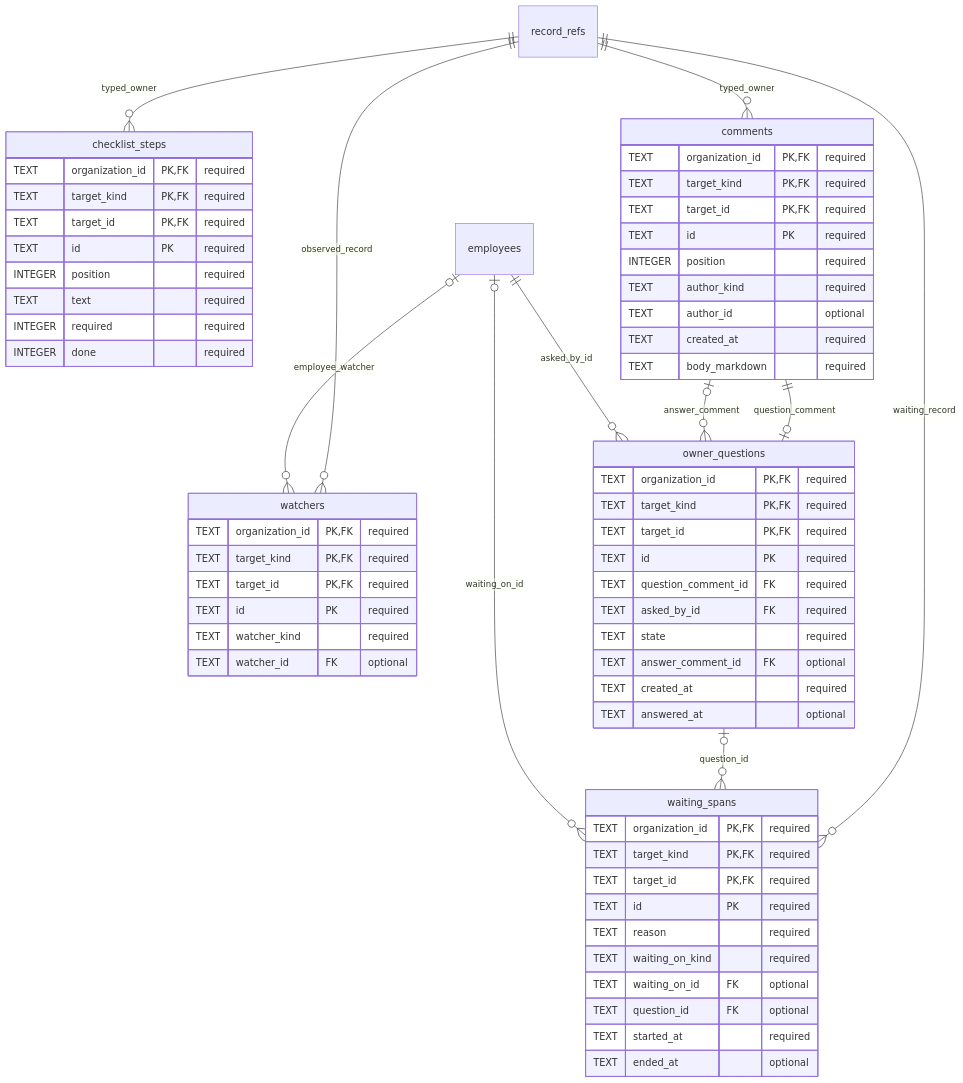
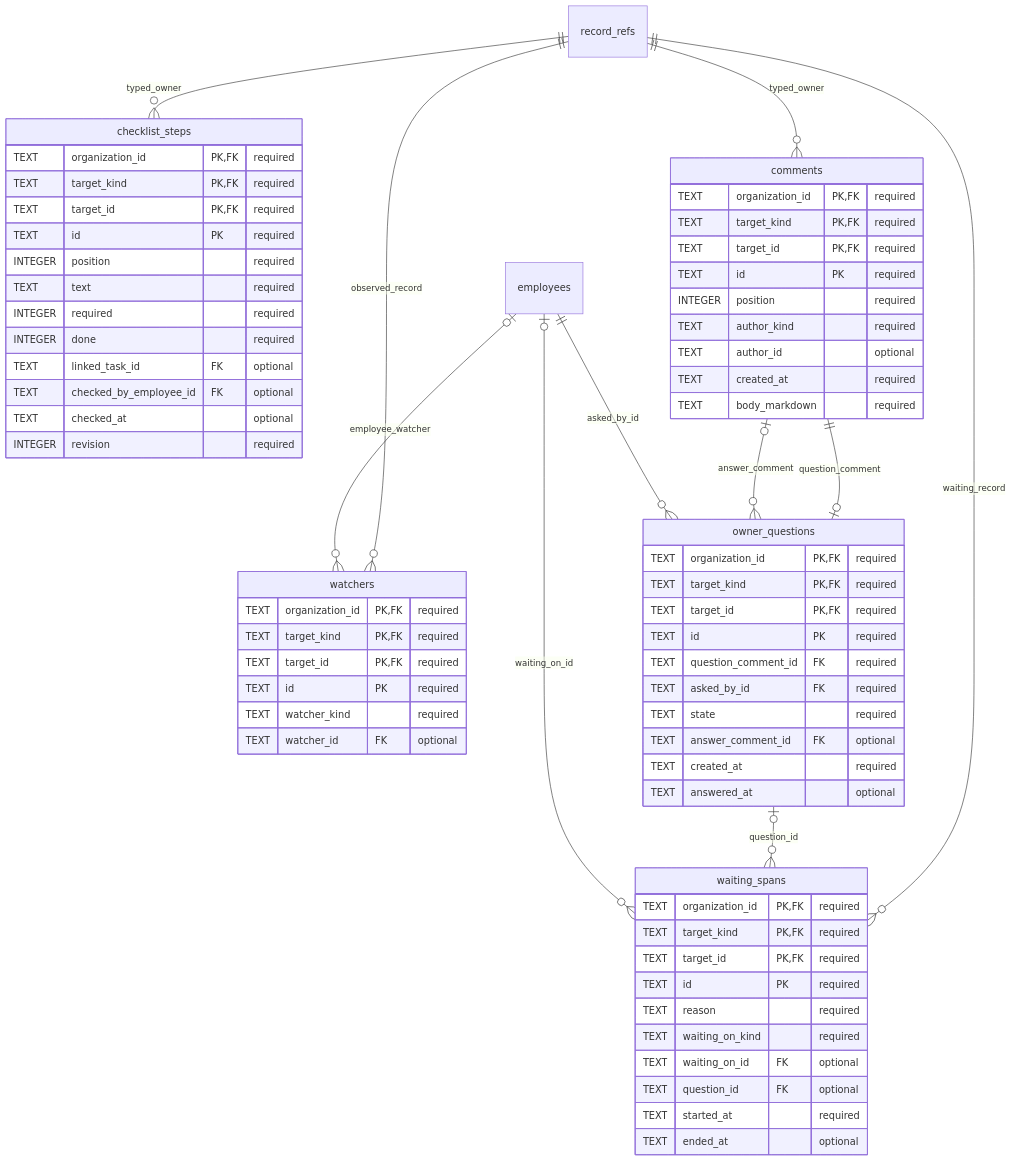
One commit to vgmello/agentic-org changed the first of 3 diagrams in docs/design/organization-data/05-operational-data.md. Above: the diagram before and after it, drawn with Mermaid. The commit also changed other lines of this file and 13 other files, not shown here.

````diff
--- a/docs/design/organization-data/05-operational-data.md
+++ b/docs/design/organization-data/05-operational-data.md
@@ -21,66 +21,70 @@
 ```mermaid
 erDiagram
     record_refs ||--o{ checklist_steps : typed_owner
     record_refs ||--o{ comments : typed_owner
     checklist_steps {
         TEXT organization_id PK, FK "required"
         TEXT target_kind PK, FK "required"
         TEXT target_id PK, FK "required"
         TEXT id PK "required"
         INTEGER position "required"
         TEXT text "required"
         INTEGER required "required"
         INTEGER done "required"
+        TEXT linked_task_id FK "optional"
+        TEXT checked_by_employee_id FK "optional"
+        TEXT checked_at "optional"
+        INTEGER revision "required"
     }
     comments {
         TEXT organization_id PK, FK "required"
         TEXT target_kind PK, FK "required"
         TEXT target_id PK, FK "required"
         TEXT id PK "required"
         INTEGER position "required"
         TEXT author_kind "required"
         TEXT author_id "optional"
         TEXT created_at "required"
         TEXT body_markdown "required"
     }
     record_refs ||--o{ watchers : observed_record
     employees o|--o{ watchers : employee_watcher
     comments ||--o| owner_questions : question_comment
     comments o|--o{ owner_questions : answer_comment
     employees ||--o{ owner_questions : asked_by_id
     record_refs ||--o{ waiting_spans : waiting_record
     owner_questions o|--o{ waiting_spans : question_id
     employees o|--o{ waiting_spans : waiting_on_id
     watchers {
         TEXT organization_id PK, FK "required"
         TEXT target_kind PK, FK "required"
         TEXT target_id PK, FK "required"
         TEXT id PK "required"
         TEXT watcher_kind "required"
         TEXT watcher_id FK "optional"
     }
     owner_questions {
         TEXT organization_id PK, FK "required"
         TEXT target_kind PK, FK "required"
         TEXT target_id PK, FK "required"
         TEXT id PK "required"
         TEXT question_comment_id FK "required"
         TEXT asked_by_id FK "required"
         TEXT state "required"
         TEXT answer_comment_id FK "optional"
         TEXT created_at "required"
         TEXT answered_at "optional"
     }
     waiting_spans {
         TEXT organization_id PK, FK "required"
         TEXT target_kind PK, FK "required"
         TEXT target_id PK, FK "required"
         TEXT id PK "required"
         TEXT reason "required"
         TEXT waiting_on_kind "required"
         TEXT waiting_on_id FK "optional"
         TEXT question_id FK "optional"
         TEXT started_at "required"
         TEXT ended_at "optional"
     }
 ```
````
